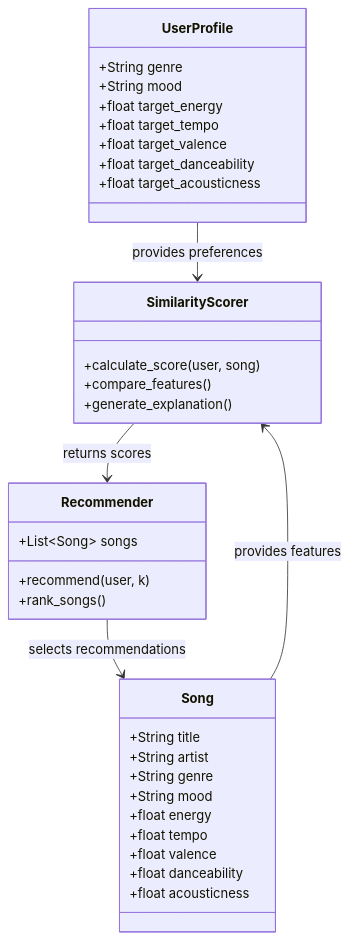
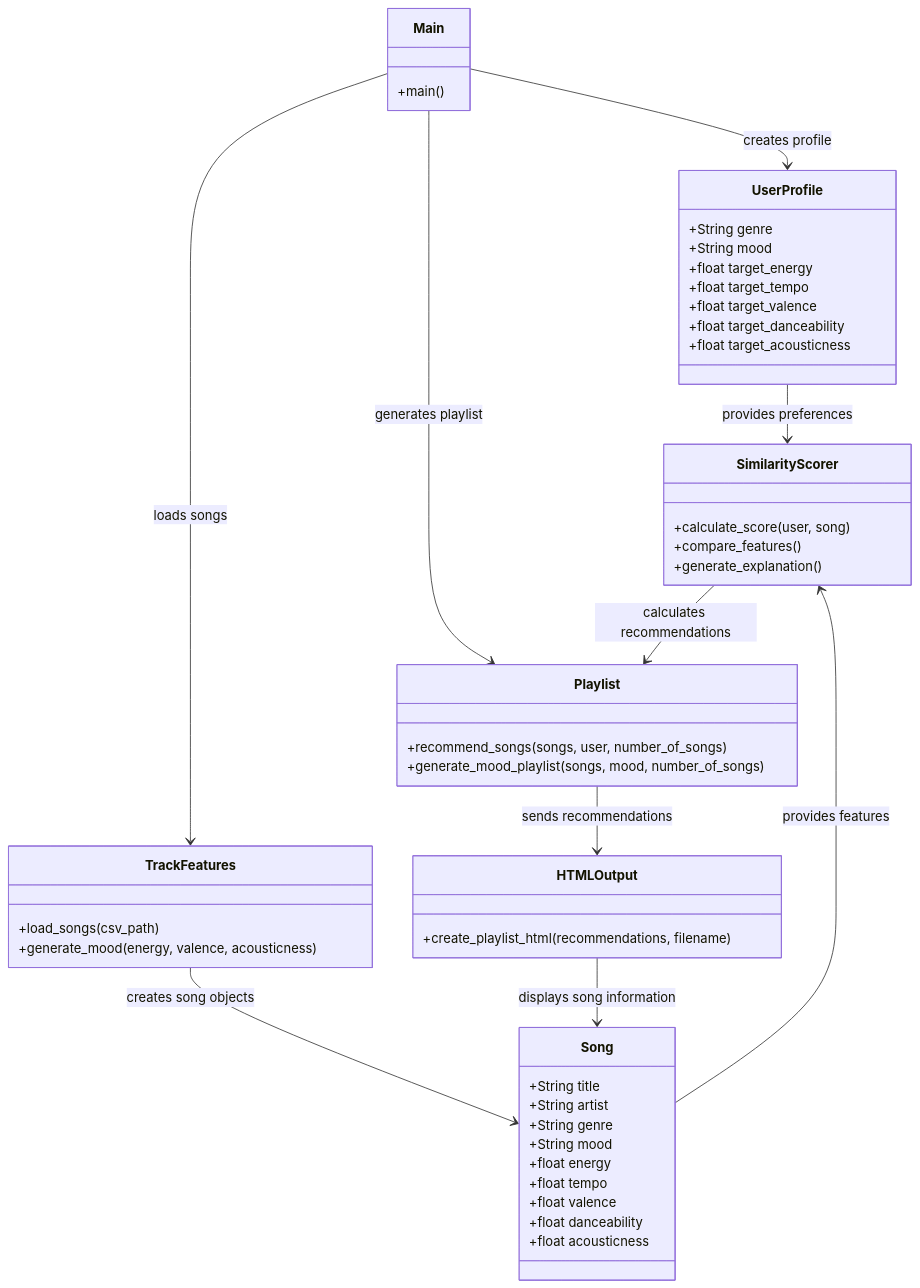
The diagram in class_diagram.mmd (nephelekay/mood_playlist_ai), drawn with Mermaid before and after one commit.

Commit message:
Added mermaid diagram

```diff
--- a/class_diagram.mmd
+++ b/class_diagram.mmd
@@ -1,40 +1,57 @@
 classDiagram
 
     class UserProfile {
         +String genre
         +String mood
         +float target_energy
         +float target_tempo
         +float target_valence
         +float target_danceability
         +float target_acousticness
     }
 
     class Song {
         +String title
         +String artist
         +String genre
         +String mood
         +float energy
         +float tempo
         +float valence
         +float danceability
         +float acousticness
     }
 
     class SimilarityScorer {
         +calculate_score(user, song)
         +compare_features()
         +generate_explanation()
     }
 
-    class Recommender {
-        +List~Song~ songs
-        +recommend(user, k)
-        +rank_songs()
+    class Playlist {
+        +recommend_songs(songs, user, number_of_songs)
+        +generate_mood_playlist(songs, mood, number_of_songs)
     }
 
+    class TrackFeatures {
+        +load_songs(csv_path)
+        +generate_mood(energy, valence, acousticness)
+    }
+
+    class HTMLOutput {
+        +create_playlist_html(recommendations, filename)
+    }
+
+    class Main {
+        +main()
+    }
+
+    Main --> TrackFeatures : loads songs
+    Main --> UserProfile : creates profile
+    Main --> Playlist : generates playlist
+    TrackFeatures --> Song : creates song objects
     UserProfile --> SimilarityScorer : provides preferences
     Song --> SimilarityScorer : provides features
-    SimilarityScorer --> Recommender : returns scores
-    Recommender --> Song : selects recommendations
+    SimilarityScorer --> Playlist : calculates recommendations
+    Playlist --> HTMLOutput : sends recommendations
+    HTMLOutput --> Song : displays song information
```
